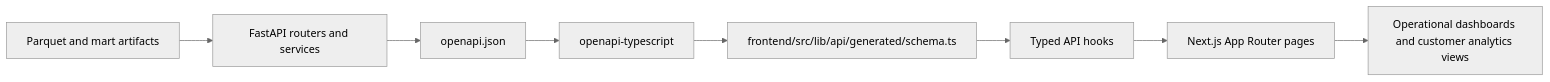
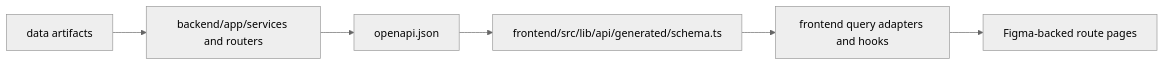
Before and after one commit to bbfosho0/Customer-Success-Analytics-Command-Center: the second of 2 diagrams in README.md, drawn with Mermaid (neutral theme). The commit also changed other lines of this file and 135 other files, not shown here.

````diff
--- a/README.md
+++ b/README.md
@@ -52,10 +54,8 @@
 ```mermaid
 flowchart LR
-    A[Parquet and mart artifacts] --> B[FastAPI routers and services]
+    A[data artifacts] --> B[backend/app/services and routers]
     B --> C[openapi.json]
-    C --> D[openapi-typescript]
-    D --> E[frontend/src/lib/api/generated/schema.ts]
-    E --> F[Typed API hooks]
-    F --> G[Next.js App Router pages]
-    G --> H[Operational dashboards and customer analytics views]
+    C --> D[frontend/src/lib/api/generated/schema.ts]
+    D --> E[frontend query adapters and hooks]
+    E --> F[Figma-backed route pages]
 ```
````
